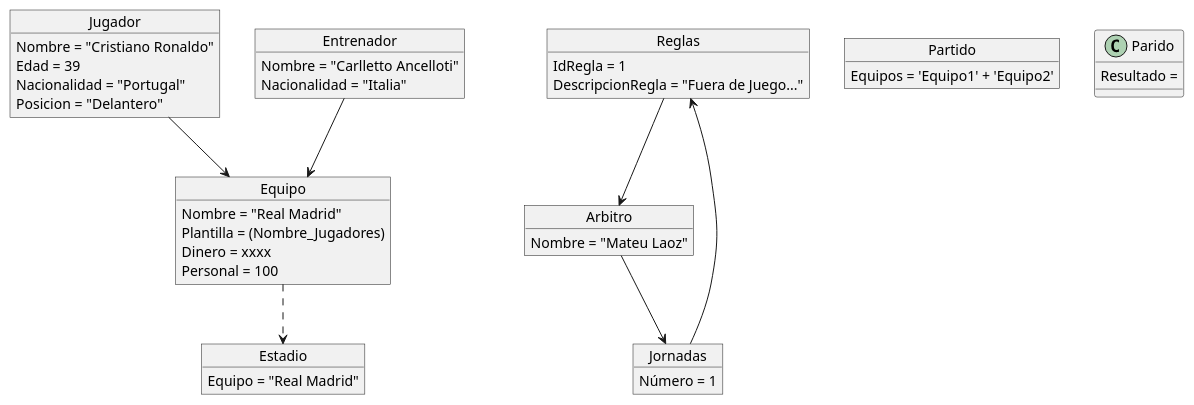
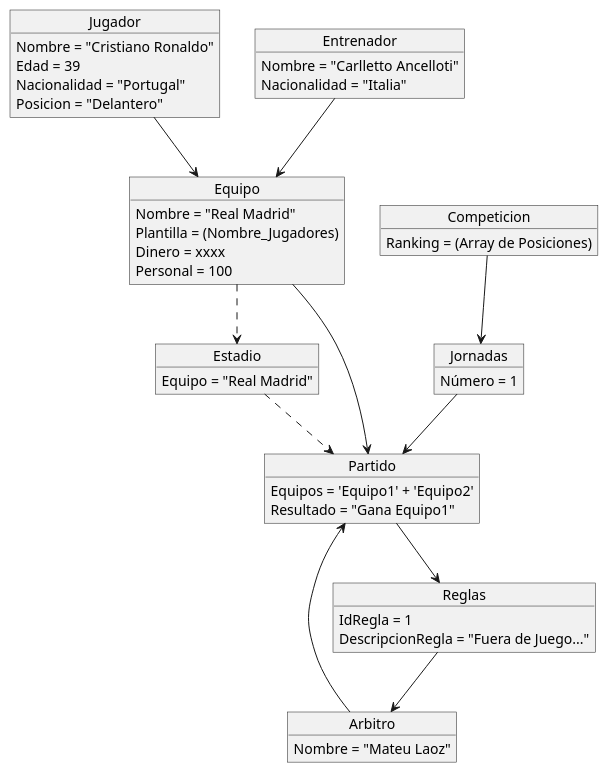
One commit to mmasias/24-25-IdSw1 changed the diagram in entregas/castilloCayetano/EjerciciosUML/Liga/DiagramaDeObjetos.puml. Above: the diagram before and after it, drawn with PlantUML.

Commit message:
Update DiagramaDeObjetos.puml
Final Version

```diff
--- a/entregas/castilloCayetano/EjerciciosUML/Liga/DiagramaDeObjetos.puml
+++ b/entregas/castilloCayetano/EjerciciosUML/Liga/DiagramaDeObjetos.puml
@@ -1,43 +1,49 @@
 @startuml
 object Jugador
 Jugador : Nombre = "Cristiano Ronaldo"
 Jugador : Edad = 39
 Jugador : Nacionalidad = "Portugal"
 Jugador : Posicion = "Delantero"
 
 object Entrenador
 Entrenador : Nombre = "Carlletto Ancelloti"
 Entrenador : Nacionalidad = "Italia"
 
 object Equipo
 Equipo : Nombre = "Real Madrid"
 Equipo : Plantilla = (Nombre_Jugadores)
 Equipo : Dinero = xxxx
 Equipo : Personal = 100
 
 object Estadio
 Estadio : Equipo = "Real Madrid"
 
 object Reglas
 Reglas : IdRegla = 1
 Reglas : DescripcionRegla = "Fuera de Juego..."
 
 object Arbitro
 Arbitro : Nombre = "Mateu Laoz"
 
 object Jornadas
 Jornadas : Número = 1
 
 object Partido
 Partido : Equipos = 'Equipo1' + 'Equipo2'
-Parido : Resultado = 
+Partido : Resultado = "Gana Equipo1"
+
+object Competicion 
+Competicion : Ranking = (Array de Posiciones)
 
 Jugador -->Equipo
 Entrenador -->Equipo
 Equipo ..>Estadio
 
 Reglas --> Arbitro
-Arbitro --> Jornadas
-Jornadas --> Reglas
-
+Arbitro --> Partido
+Partido --> Reglas
+Jornadas --> Partido
+Estadio ..> Partido
+Equipo --> Partido
+Competicion --> Jornadas
 @enduml
```
